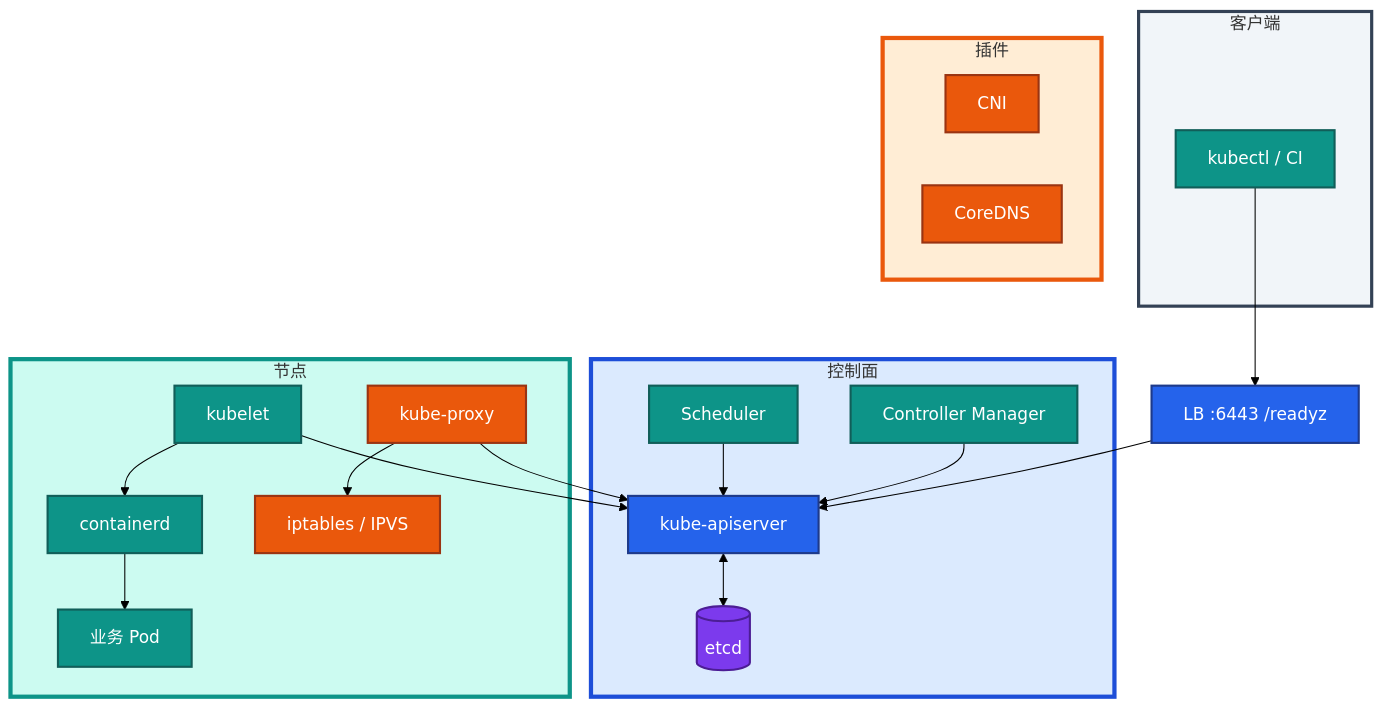
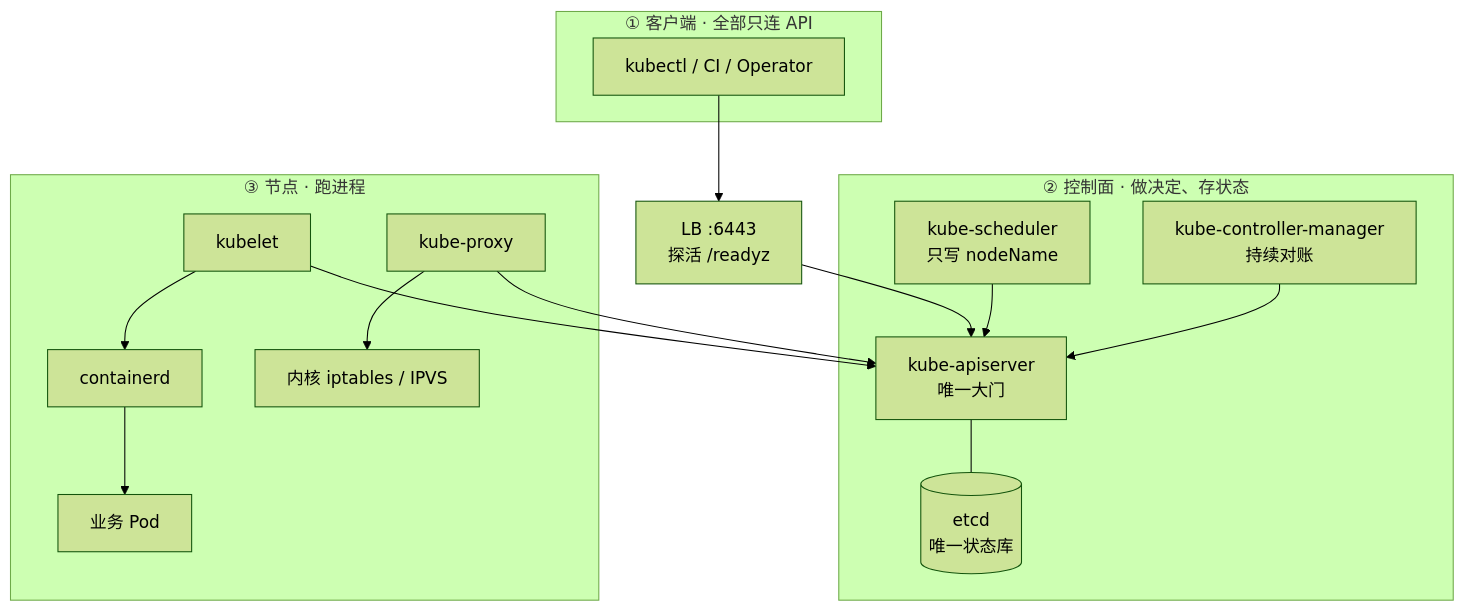
The first of 4 diagrams in 03-Kubernetes/01-集群架构/练习题.md (ml-cuizijun/LearnToLilith), drawn with Mermaid (forest theme) before and after one commit. The commit also changed other lines of this file and 470 other files, not shown here.

````diff
--- a/03-Kubernetes/01-集群架构/练习题.md
+++ b/03-Kubernetes/01-集群架构/练习题.md
@@ -44,40 +46,23 @@
 ```mermaid
 flowchart TB
-    subgraph clients ["客户端"]
-        kubectl[kubectl / CI]
+    subgraph clients ["① 客户端 · 全部只连 API"]
+        kubectl["kubectl / CI / Operator"]
     end
-    lb["LB :6443 /readyz"]
-    subgraph cp ["控制面"]
-        api[kube-apiserver]
-        etcd[(etcd)]
-        sch[Scheduler]
-        cm[Controller Manager]
-        sch --> api
-        cm --> api
-        api <--> etcd
+    lb["LB :6443<br/>探活 /readyz"]
+    subgraph cp ["② 控制面 · 做决定、存状态"]
+        api["kube-apiserver<br/>唯一大门"]
+        etcd[("etcd<br/>唯一状态库")]
+        sch["kube-scheduler<br/>只写 nodeName"]
+        cm["kube-controller-manager<br/>持续对账"]
     end
-    subgraph nodes ["节点"]
-        kl[kubelet] --> cri[containerd] --> pod[业务 Pod]
-        kp[kube-proxy] --> fw[iptables / IPVS]
-    end
-    subgraph addons ["插件"]
-        cni[CNI]
-        dns[CoreDNS]
+    subgraph nodes ["③ 节点 · 跑进程"]
+        kl["kubelet"] --> cri["containerd"] --> pod["业务 Pod"]
+        kp["kube-proxy"] --> fw["内核 iptables / IPVS"]
     end
     kubectl --> lb --> api
+    api --- etcd
+    sch --> api
+    cm --> api
     kl --> api
     kp --> api
-
-    classDef api fill:#2563EB,stroke:#1E3A8A,stroke-width:2px,color:#fff
-    classDef e fill:#7C3AED,stroke:#4C1D95,stroke-width:2px,color:#fff
-    classDef node fill:#0D9488,stroke:#115E59,stroke-width:2px,color:#fff
-    classDef net fill:#EA580C,stroke:#9A3412,stroke-width:2px,color:#fff
-    class api,lb api
-    class etcd e
-    class kl,cri node
-    class kp,fw,cni,dns net
-    style clients fill:#F1F5F9,stroke:#334155,stroke-width:3px
-    style cp fill:#DBEAFE,stroke:#1D4ED8,stroke-width:4px
-    style nodes fill:#CCFBF1,stroke:#0D9488,stroke-width:4px
-    style addons fill:#FFEDD5,stroke:#EA580C,stroke-width:4px
 ```
````
